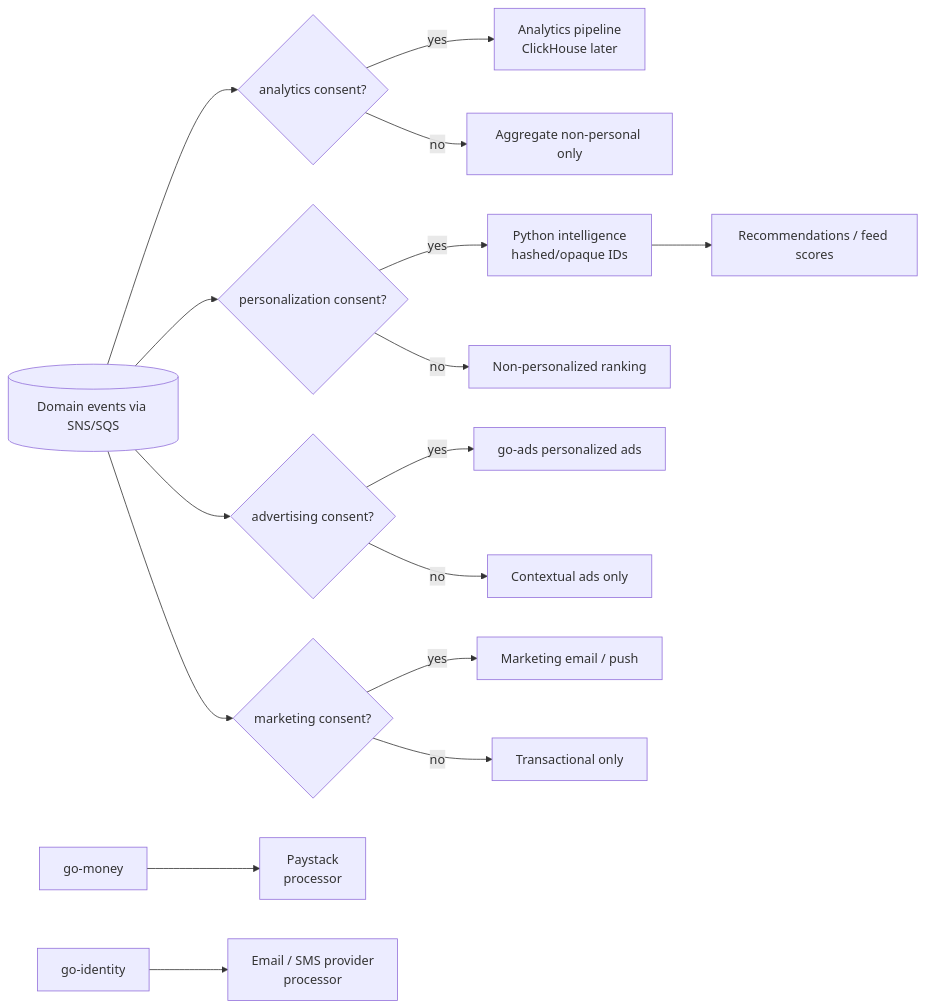
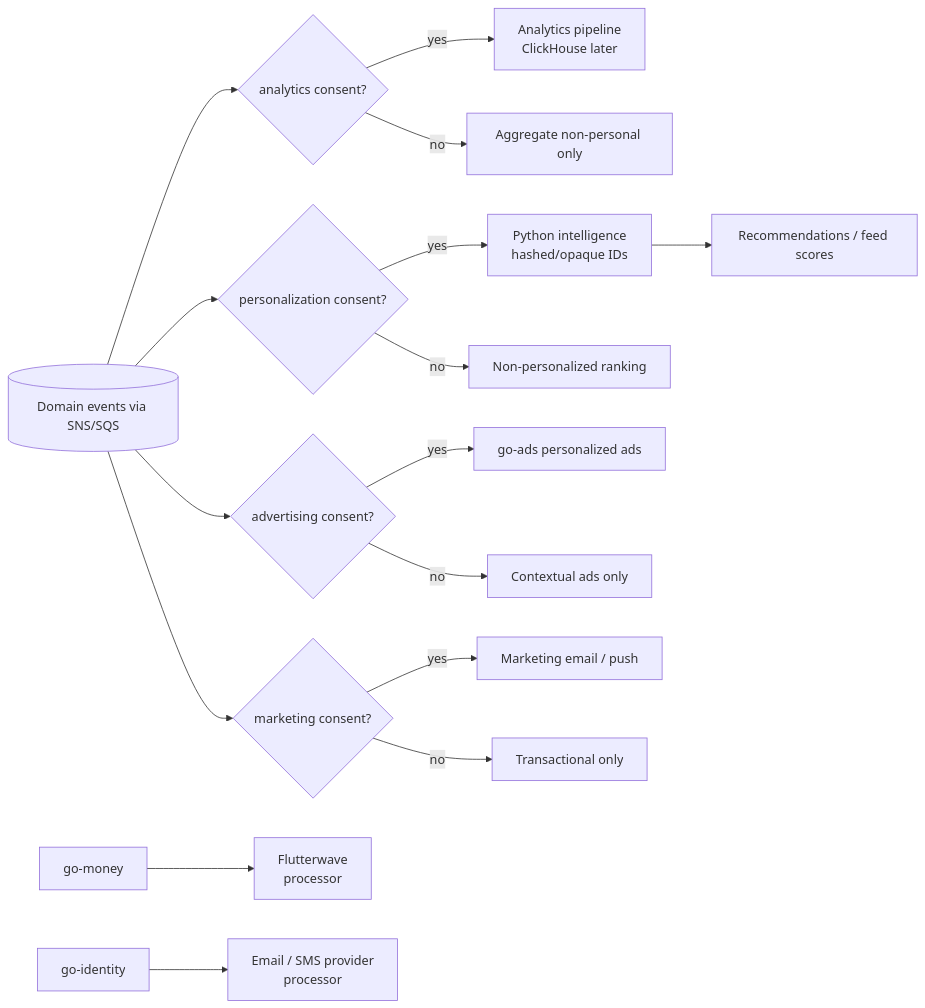
One commit to telente-technologies/nantty changed the second of 3 diagrams in docs/architecture/privacy.md. Above: the diagram before and after it, drawn with Mermaid. The commit also changed other lines of this file and 8 other files, not shown here.

Commit message:
docs/architecture batch 1

````diff
--- a/docs/architecture/privacy.md
+++ b/docs/architecture/privacy.md
@@ -59,18 +59,18 @@
 ```mermaid
 flowchart LR
   EV[(Domain events via SNS/SQS)] --> C1{analytics consent?}
   C1 -- yes --> AN[Analytics pipeline\nClickHouse later]
   C1 -- no --> AGG[Aggregate non-personal only]
   EV --> C2{personalization consent?}
   C2 -- yes --> PY[Python intelligence\nhashed/opaque IDs]
   C2 -- no --> GEN[Non-personalized ranking]
   PY --> RK[Recommendations / feed scores]
   EV --> C3{advertising consent?}
   C3 -- yes --> ADS[go-ads personalized ads]
   C3 -- no --> CTX[Contextual ads only]
   EV --> C4{marketing consent?}
   C4 -- yes --> NF[Marketing email / push]
   C4 -- no --> TX[Transactional only]
-  PAY2[go-money] --> PSP[Paystack\nprocessor]
+  PAY2[go-money] --> PSP[Flutterwave\nprocessor]
   ID2[go-identity] --> EML[Email / SMS provider\nprocessor]
 ```
````
